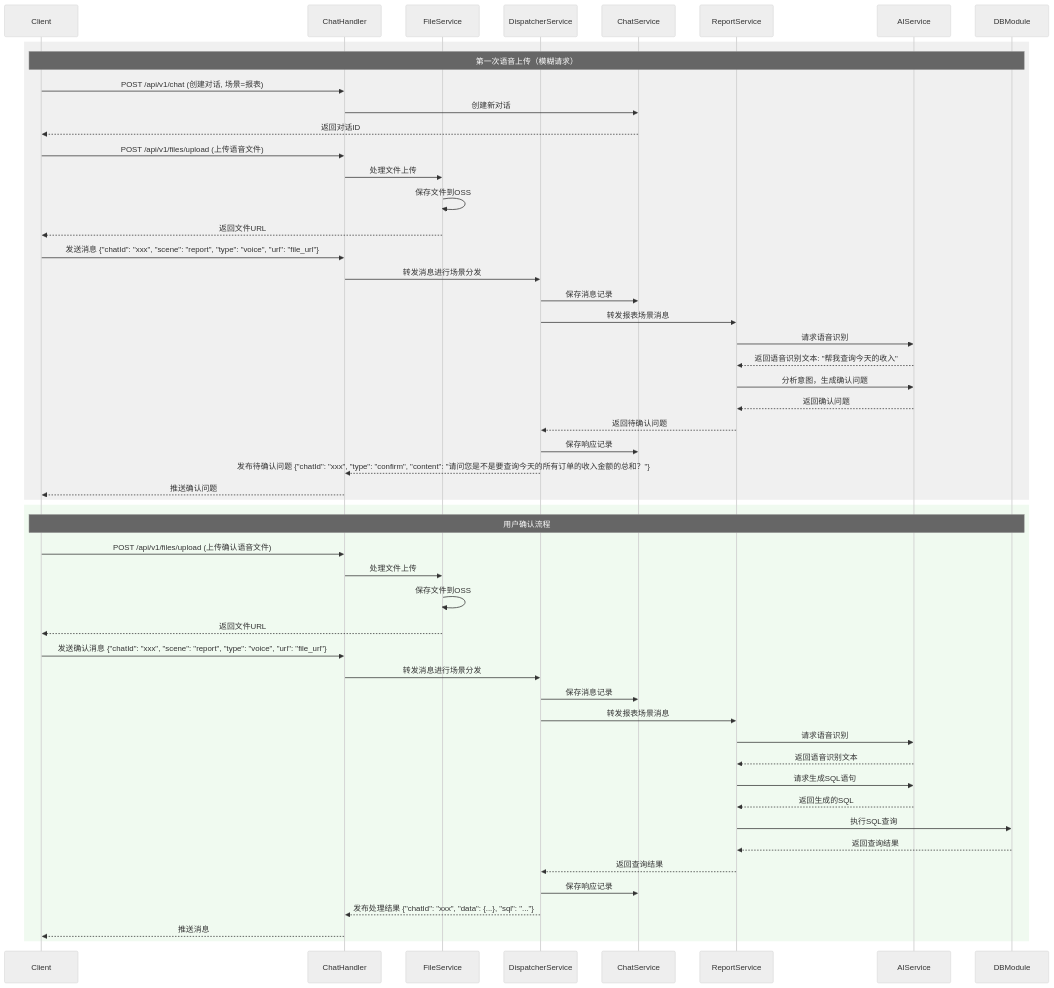
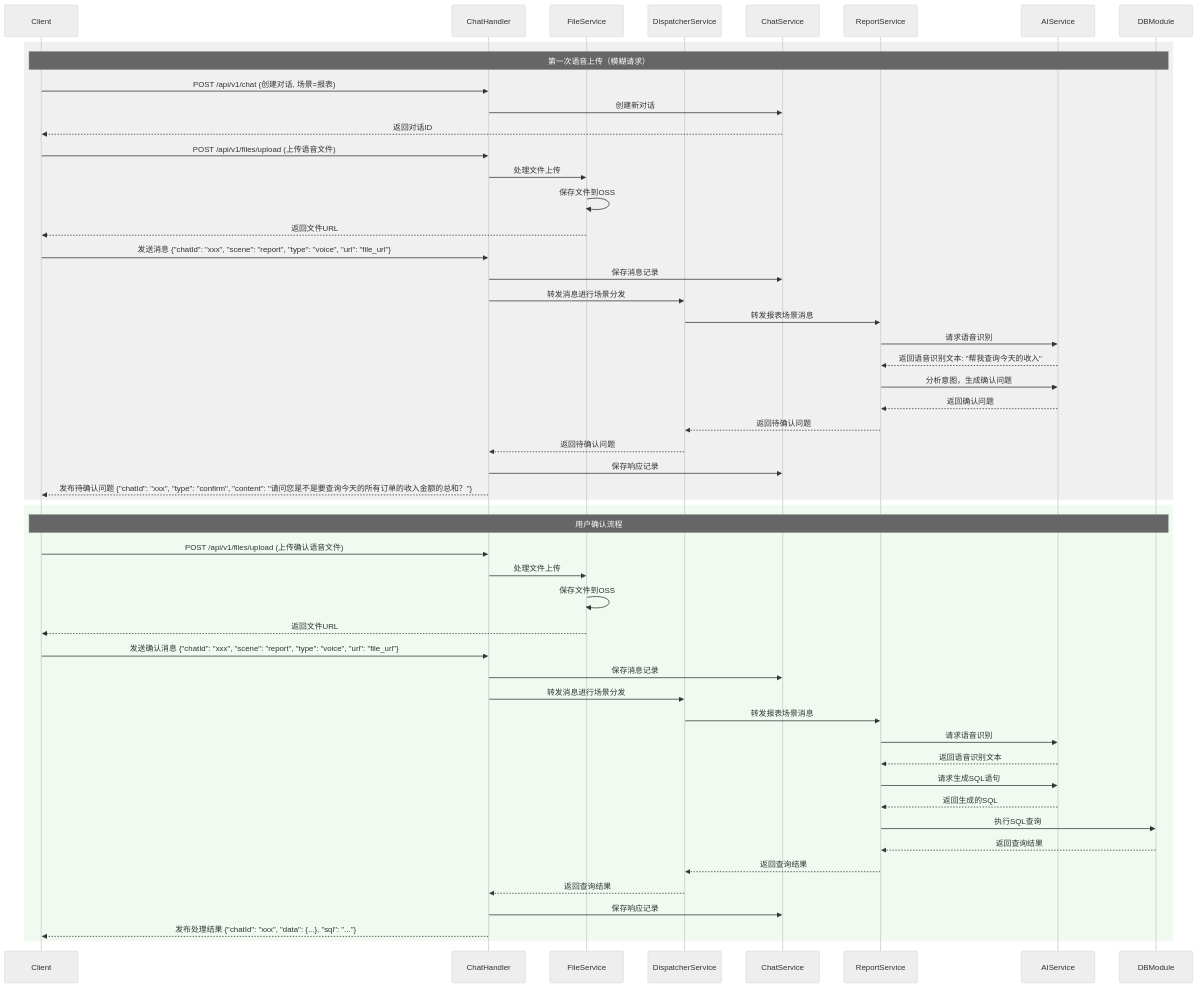
One commit to hanhzf/aiops changed the third of 4 diagrams in ai-coding/output/应用软件交互时序图.md. Above: the diagram before and after it, drawn with Mermaid (neutral theme). The commit also changed other lines of this file and 2 other files, not shown here.

````diff
--- a/ai-coding/output/应用软件交互时序图.md
+++ b/ai-coding/output/应用软件交互时序图.md
@@ -135,66 +139,66 @@
 ```mermaid
 sequenceDiagram
     participant Client
     participant ChatHandler
     participant FileService
     participant DispatcherService
     participant ChatService
     participant ReportService
     participant AIService
     participant DBModule
 
     %% %% WebSocket连接建立（只需要建立一次）
     %% Client->>ChatHandler: 建立WebSocket连接
     %% ChatHandler-->>Client: 连接确认
 
     %% 第一次语音文件上传流程（模糊请求）
     rect rgb(240, 240, 240)
         Note over Client,DBModule: 第一次语音上传（模糊请求）
         Client->>ChatHandler: POST /api/v1/chat (创建对话, 场景=报表)
         ChatHandler->>ChatService: 创建新对话
         ChatService-->>Client: 返回对话ID
         
         Client->>ChatHandler: POST /api/v1/files/upload (上传语音文件)
         ChatHandler->>FileService: 处理文件上传
         FileService->>FileService: 保存文件到OSS
         FileService-->>Client: 返回文件URL
         
         Client->>ChatHandler: 发送消息 {"chatId": "xxx", "scene": "report", "type": "voice", "url": "file_url"}
 
+        ChatHandler->>ChatService: 保存消息记录
         ChatHandler->>DispatcherService: 转发消息进行场景分发
-        DispatcherService->>ChatService: 保存消息记录
         DispatcherService->>ReportService: 转发报表场景消息
         ReportService->>AIService: 请求语音识别
         AIService-->>ReportService: 返回语音识别文本: "帮我查询今天的收入"
         ReportService->>AIService: 分析意图，生成确认问题
         AIService-->>ReportService: 返回确认问题
         ReportService-->>DispatcherService: 返回待确认问题
-        DispatcherService->>ChatService: 保存响应记录
-        DispatcherService-->>ChatHandler: 发布待确认问题 {"chatId": "xxx", "type": "confirm", "content": "请问您是不是要查询今天的所有订单的收入金额的总和？"}
-        ChatHandler-->>Client: 推送确认问题
+        DispatcherService-->>ChatHandler: 返回待确认问题
+        ChatHandler->>ChatService: 保存响应记录
+        ChatHandler-->>Client: 发布待确认问题 {"chatId": "xxx", "type": "confirm", "content": "请问您是不是要查询今天的所有订单的收入金额的总和？"}
     end
 
     %% 用户确认流程
     rect rgb(240, 250, 240)
         Note over Client,DBModule: 用户确认流程
         Client->>ChatHandler: POST /api/v1/files/upload (上传确认语音文件)
         ChatHandler->>FileService: 处理文件上传
         FileService->>FileService: 保存文件到OSS
         FileService-->>Client: 返回文件URL
         
         Client->>ChatHandler: 发送确认消息 {"chatId": "xxx", "scene": "report", "type": "voice", "url": "file_url"}
+        ChatHandler->>ChatService: 保存消息记录
         ChatHandler->>DispatcherService: 转发消息进行场景分发
-        DispatcherService->>ChatService: 保存消息记录
         DispatcherService->>ReportService: 转发报表场景消息
         ReportService->>AIService: 请求语音识别
         AIService-->>ReportService: 返回语音识别文本
         ReportService->>AIService: 请求生成SQL语句
         AIService-->>ReportService: 返回生成的SQL
         ReportService->>DBModule: 执行SQL查询
         DBModule-->>ReportService: 返回查询结果
         ReportService-->>DispatcherService: 返回查询结果
-        DispatcherService->>ChatService: 保存响应记录
-        DispatcherService-->>ChatHandler: 发布处理结果 {"chatId": "xxx", "data": {...}, "sql": "..."}
-        ChatHandler-->>Client: 推送消息
+        DispatcherService-->>ChatHandler: 返回查询结果
+        ChatHandler->>ChatService: 保存响应记录
+        ChatHandler-->>Client: 发布处理结果 {"chatId": "xxx", "data": {...}, "sql": "..."}
     end
 ```
````
